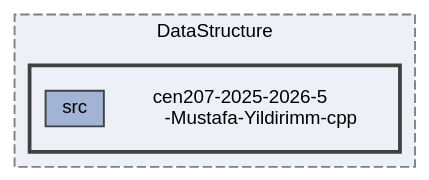
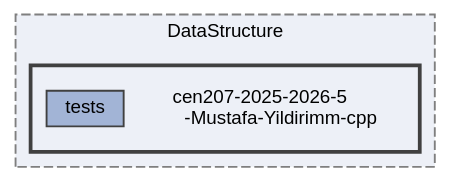
The diagram in docs/doxygentestwin/rtf/dir_b00da2fab6b604b485869b7d5702ce53_dep.dot (mustafayldrnn/cen207-2025-2026-5-Mustafa-Yildirimm-cpp), drawn with Graphviz before and after one commit. The commit also changed 1700 other files, not shown here.

```diff
--- a/docs/doxygentestwin/rtf/dir_b00da2fab6b604b485869b7d5702ce53_dep.dot
+++ b/docs/doxygentestwin/rtf/dir_b00da2fab6b604b485869b7d5702ce53_dep.dot
@@ -1,17 +1,17 @@
 digraph "C:/Users/ahmet/OneDrive/Masaüstü/DataStructure/cen207-2025-2026-5-Mustafa-Yildirimm-cpp"
 {
  // INTERACTIVE_SVG=YES
  // LATEX_PDF_SIZE
   bgcolor="transparent";
   edge [fontname=Helvetica,fontsize=10,labelfontname=Helvetica,labelfontsize=10];
   node [fontname=Helvetica,fontsize=10,shape=box,height=0.2,width=0.4];
   compound=true
   subgraph clusterdir_87f260dbaa04f06c7d57423ba5ebac9d {
     graph [ bgcolor="#edf0f7", pencolor="grey50", label="DataStructure", fontname=Helvetica,fontsize=10 style="filled,dashed", URL="dir_87f260dbaa04f06c7d57423ba5ebac9d.html",tooltip=""]
   subgraph clusterdir_b00da2fab6b604b485869b7d5702ce53 {
     graph [ bgcolor="#edf0f7", pencolor="grey25", label="", fontname=Helvetica,fontsize=10 style="filled,bold", URL="dir_b00da2fab6b604b485869b7d5702ce53.html",tooltip=""]
     dir_b00da2fab6b604b485869b7d5702ce53 [shape=plaintext, label="cen207-2025-2026-5\l-Mustafa-Yildirimm-cpp"];
-  dir_235080e4fc6f8d1f814973dc40d3997a [label="src", fillcolor="#a2b4d6", color="grey25", style="filled", URL="dir_235080e4fc6f8d1f814973dc40d3997a.html",tooltip=""];
+  dir_cc26b41774ab6fe68963150cb386f8ad [label="tests", fillcolor="#a2b4d6", color="grey25", style="filled", URL="dir_cc26b41774ab6fe68963150cb386f8ad.html",tooltip=""];
   }
   }
 }
```
